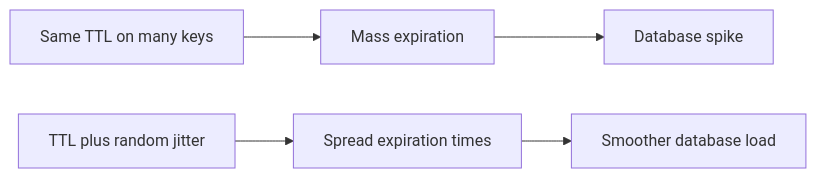
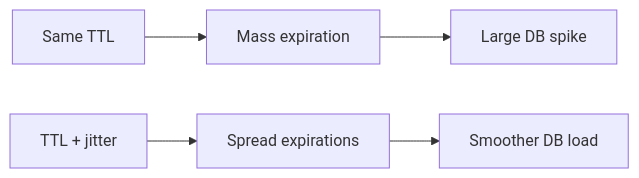
Before and after one commit to AvadhBhalodiya/Interview-Preparation: the ninth of 9 diagrams in src/content/caching/ttl-eviction-policies.md, drawn with Mermaid. The commit also changed other lines of this file and 54 other files, not shown here.

````diff
--- a/src/content/caching/ttl-eviction-policies.md
+++ b/src/content/caching/ttl-eviction-policies.md
@@ -1387,8 +723,8 @@
 ```mermaid
 flowchart LR
-    A[Same TTL on many keys] --> B[Mass expiration]
-    B --> C[Database spike]
+    A[Same TTL] --> B[Mass expiration]
+    B --> C[Large DB spike]
 
-    D[TTL plus random jitter] --> E[Spread expiration times]
-    E --> F[Smoother database load]
+    D[TTL + jitter] --> E[Spread expirations]
+    E --> F[Smoother DB load]
 ```
````
